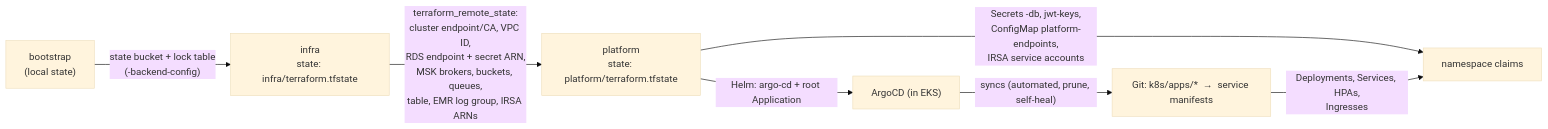
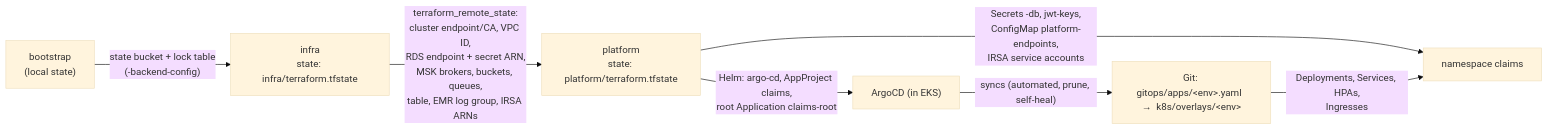
The diagram in infra/README.md (Krisha-cmd/Insurance-claim), drawn with Mermaid (base theme) before and after one commit. The commit also changed other lines of this file and 171 other files, not shown here.

First line of the commit message:
Task division, design document, Kustomize manifests, GitOps and CI

````diff
--- a/infra/README.md
+++ b/infra/README.md
@@ -358,9 +358,9 @@
 ```mermaid
 flowchart LR
   B["bootstrap<br/>(local state)"] -- "state bucket + lock table<br/>(-backend-config)" --> I
   I["infra<br/>state: infra/terraform.tfstate"] -- "terraform_remote_state:<br/>cluster endpoint/CA, VPC ID,<br/>RDS endpoint + secret ARN,<br/>MSK brokers, buckets, queues,<br/>table, EMR log group, IRSA ARNs" --> P
-  P["platform<br/>state: platform/terraform.tfstate"] -- "Helm: argo-cd + root Application" --> A["ArgoCD (in EKS)"]
-  A -- "syncs (automated, prune, self-heal)" --> G["Git: k8s/apps/*  →  service manifests"]
+  P["platform<br/>state: platform/terraform.tfstate"] -- "Helm: argo-cd, AppProject claims,<br/>root Application claims-root" --> A["ArgoCD (in EKS)"]
+  A -- "syncs (automated, prune, self-heal)" --> G["Git: gitops/apps/&lt;env&gt;.yaml  →  k8s/overlays/&lt;env&gt;"]
   P -- "Secrets <svc>-db, jwt-keys,<br/>ConfigMap platform-endpoints,<br/>IRSA service accounts" --> K["namespace claims"]
   G -- "Deployments, Services, HPAs,<br/>Ingresses" --> K
 ```
````
